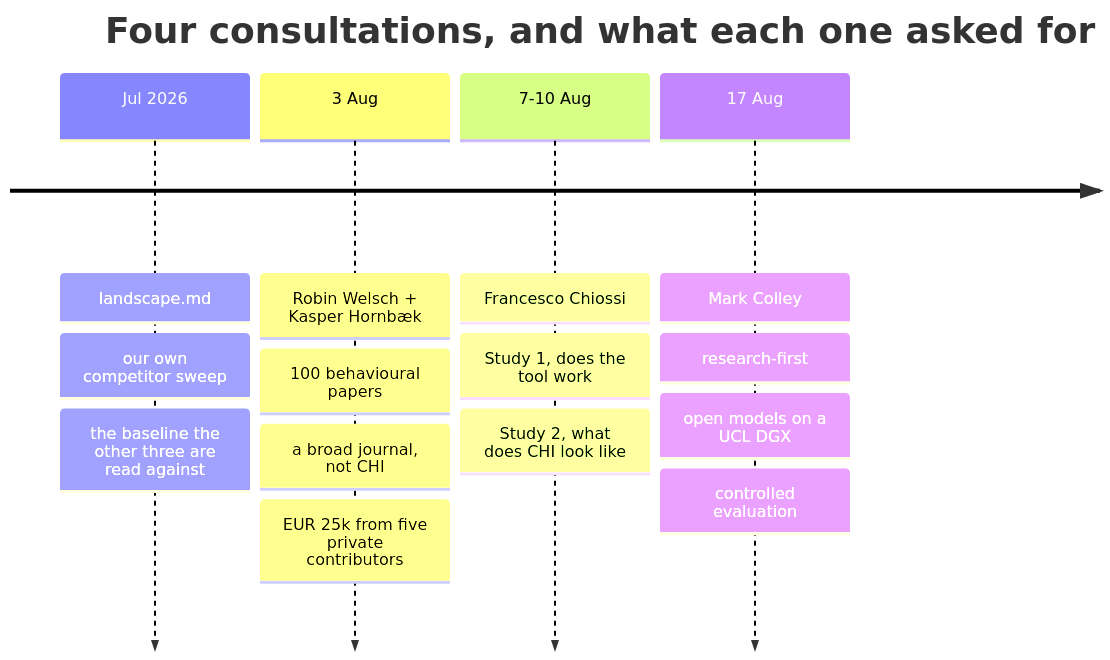
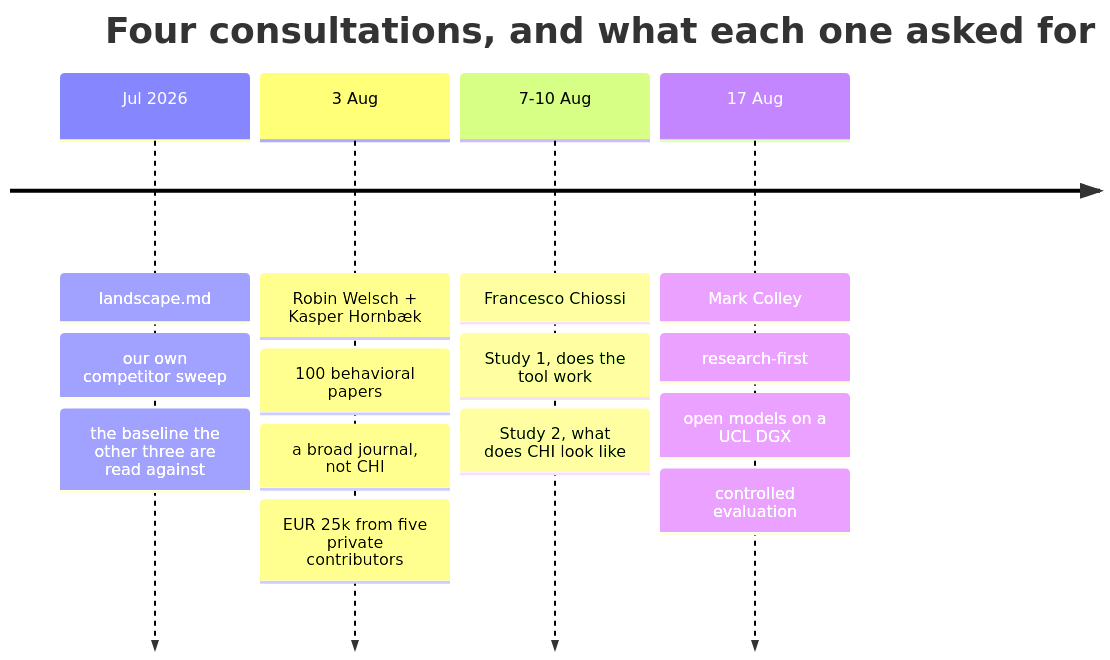
Before and after one commit to latere-ai/replichai: the first of 12 diagrams in docs/consultations.md, drawn with Mermaid. The commit also changed other lines of this file and 1 other file, not shown here.

````diff
--- a/docs/consultations.md
+++ b/docs/consultations.md
@@ -42,8 +42,8 @@
 ```mermaid
 timeline
     title Four consultations, and what each one asked for
     Jul 2026 : landscape.md : our own competitor sweep : the baseline the other three are read against
-    3 Aug : Robin Welsch + Kasper Hornbæk : 100 behavioural papers : a broad journal, not CHI : EUR 25k from five private contributors
+    3 Aug : Robin Welsch + Kasper Hornbæk : 100 behavioral papers : a broad journal, not CHI : EUR 25k from five private contributors
     7-10 Aug : Francesco Chiossi : Study 1, does the tool work : Study 2, what does CHI look like
     17 Aug : Mark Colley : research-first : open models on a UCL DGX : controlled evaluation
 ```
````
